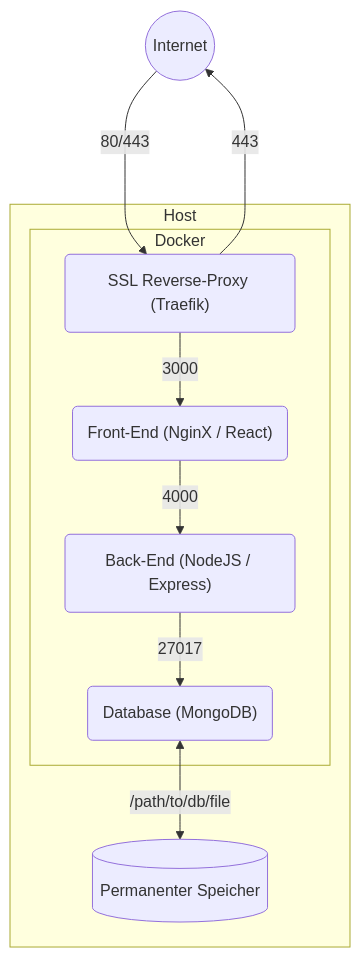
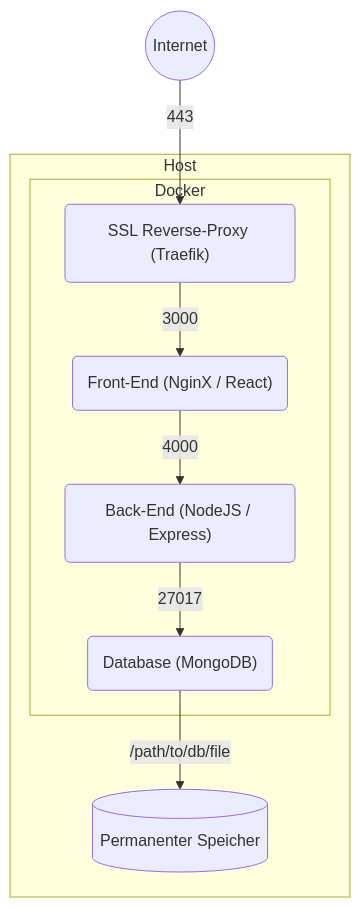
Before and after one commit to she11sh0cked-swiped/swiped-docs: the third of 3 diagrams in src/documentation.md, drawn with Mermaid.

Commit message:
📝 Improve infrastructure graph

````diff
--- a/src/documentation.md
+++ b/src/documentation.md
@@ -572,23 +572,22 @@
 ```mermaid
 flowchart TB
     internet((Internet))
 
     subgraph host [Host]
         subgraph docker [Docker]
             revproxy("SSL Reverse-Proxy (Traefik)")
             frontend("Front-End (NginX / React)")
             backend("Back-End (NodeJS / Express)")
             database("Database (MongoDB)")
         end
 
         storage[(Permanenter Speicher)]
     end
 
 
-    internet --->|80/443| revproxy
-    revproxy --->|443| internet
+    internet -->|443| revproxy
     revproxy -->|3000| frontend
     frontend -->|4000| backend
     backend -->|27017| database
-    database <-->|/path/to/db/file| storage
+    database -->|/path/to/db/file| storage
 ```
````
